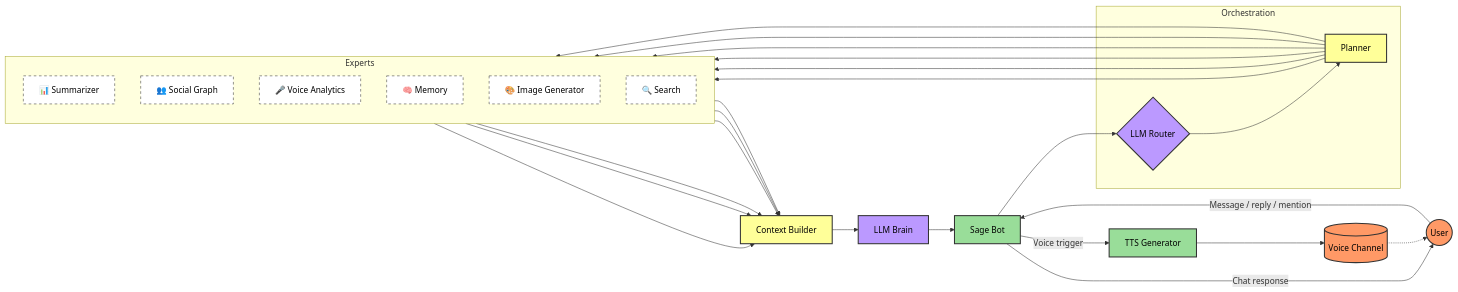
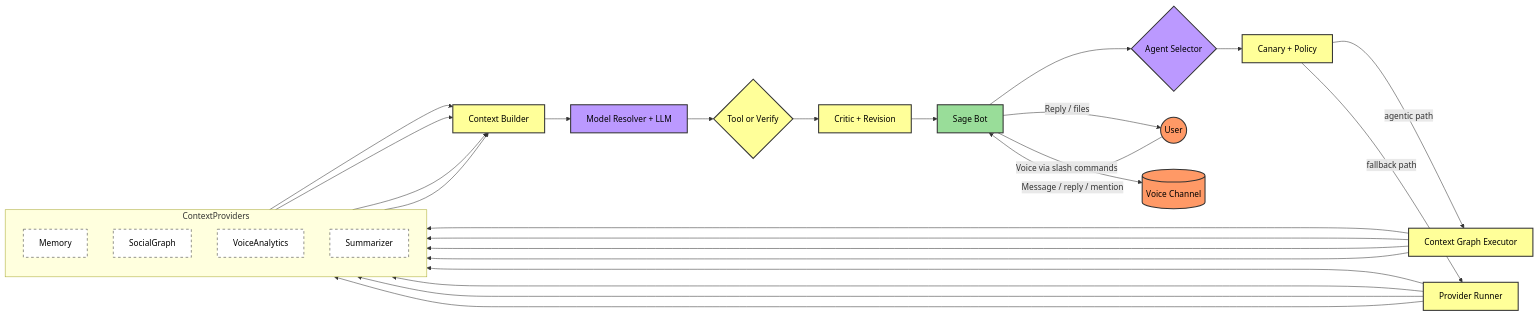
Before and after one commit to BokX1/Sage: the diagram in README.md, drawn with Mermaid. The commit also changed other lines of this file and 66 other files, not shown here.

Commit message:
feat: finalize agentic runtime audit and align documentation

````diff
--- a/README.md
+++ b/README.md
@@ -59,47 +59,44 @@
 ```mermaid
 flowchart LR
-    %% Keep the diagram left-to-right to reduce vertical scroll on GitHub.
     classDef user fill:#f96,stroke:#333,stroke-width:2px,color:black
     classDef bot fill:#9d9,stroke:#333,stroke-width:2px,color:black
-    classDef router fill:#b9f,stroke:#333,stroke-width:2px,color:black
-    classDef expert fill:#fff,stroke:#333,stroke-width:1px,stroke-dasharray: 5 5,color:black
-    classDef context fill:#ff9,stroke:#333,stroke-width:2px,color:black
+    classDef route fill:#b9f,stroke:#333,stroke-width:2px,color:black
+    classDef provider fill:#fff,stroke:#333,stroke-width:1px,stroke-dasharray: 5 5,color:black
+    classDef runtime fill:#ff9,stroke:#333,stroke-width:2px,color:black
 
     U((User)):::user -->|"Message / reply / mention"| B[Sage Bot]:::bot
-    B --> R{LLM Router}:::router
+    B --> R{Agent Selector}:::route
+    R --> C[Canary + Policy]:::runtime
 
-    subgraph Orchestration
-        R{LLM Router}:::router
-        P[Planner]:::context
+    subgraph ContextProviders
+        direction TB
+        M[Memory]:::provider
+        G[SocialGraph]:::provider
+        V[VoiceAnalytics]:::provider
+        S[Summarizer]:::provider
     end
 
-    subgraph Experts
-        direction TB
-        S[📊 Summarizer]:::expert
-        G[👥 Social Graph]:::expert
-        V[🎤 Voice Analytics]:::expert
-        M[🧠 Memory]:::expert
-        I[🎨 Image Generator]:::expert
-        SR[🔍 Search]:::expert
-    end
+    C -->|agentic path| X[Context Graph Executor]:::runtime
+    C -->|fallback path| Y[Provider Runner]:::runtime
+    X --> M
+    X --> G
+    X --> V
+    X --> S
+    Y --> M
+    Y --> G
+    Y --> V
+    Y --> S
 
-    R --> P
-    P --> S
-    P --> G
-    P --> V
-    P --> M
-    P --> I
-    P --> SR
-    S --> C[Context Builder]:::context
-    G --> C
-    V --> C
-    M --> C
+    M --> K[Context Builder]:::runtime
+    G --> K
+    V --> K
+    S --> K
 
-    I --> C
-    SR --> C
-    C --> L[LLM Brain]:::router --> B
-    B -->|"Chat response"| U
+    K --> L[Model Resolver + LLM]:::route
+    L --> T{Tool or Verify}:::runtime
+    T --> Q[Critic + Revision]:::runtime
+    Q --> B
+    B -->|"Reply / files"| U
 
-    B -->|"Voice trigger"| T[TTS Generator]:::bot --> VC[(Voice Channel)]:::user
-    VC -.-> U
+    B -->|"Voice via slash commands"| VC[(Voice Channel)]:::user
 ```
````
